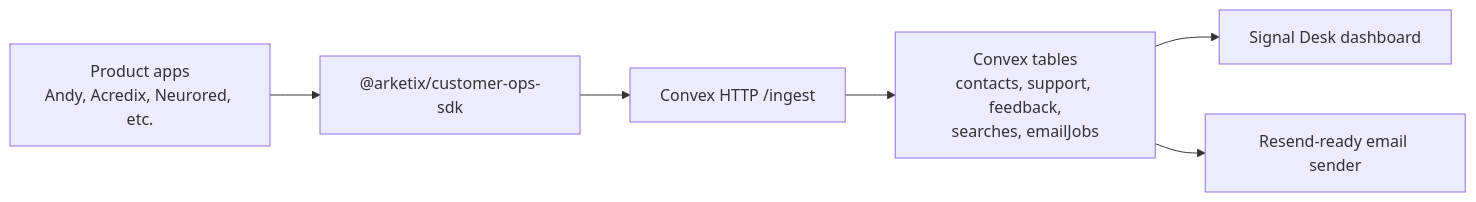
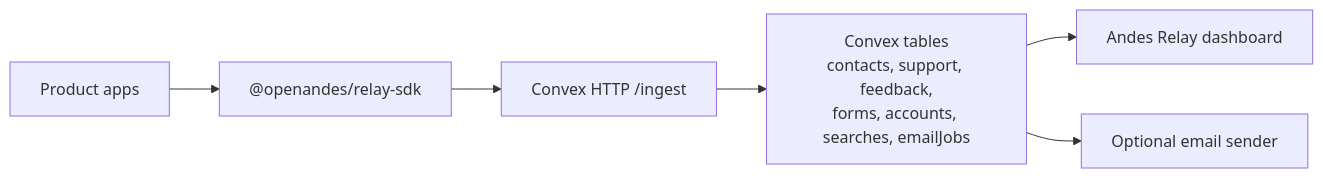
Before and after one commit to JorgeMenaDev/andes-relay: the diagram in README.md, drawn with Mermaid. The commit also changed other lines of this file and 13 other files, not shown here.

Commit message:
Rebrand as Andes Relay

````diff
--- a/README.md
+++ b/README.md
@@ -28,8 +34,8 @@
 ```mermaid
 flowchart LR
-  product["Product apps\nAndy, Acredix, Neurored, etc."] --> sdk["@arketix/customer-ops-sdk"]
+  product["Product apps"] --> sdk["@openandes/relay-sdk"]
   sdk --> ingest["Convex HTTP /ingest"]
-  ingest --> db["Convex tables\ncontacts, support, feedback,\nsearches, emailJobs"]
-  db --> dashboard["Signal Desk dashboard"]
-  db --> email["Resend-ready email sender"]
+  ingest --> db["Convex tables\ncontacts, support, feedback,\nforms, accounts, searches, emailJobs"]
+  db --> dashboard["Andes Relay dashboard"]
+  db --> email["Optional email sender"]
 ```
````
